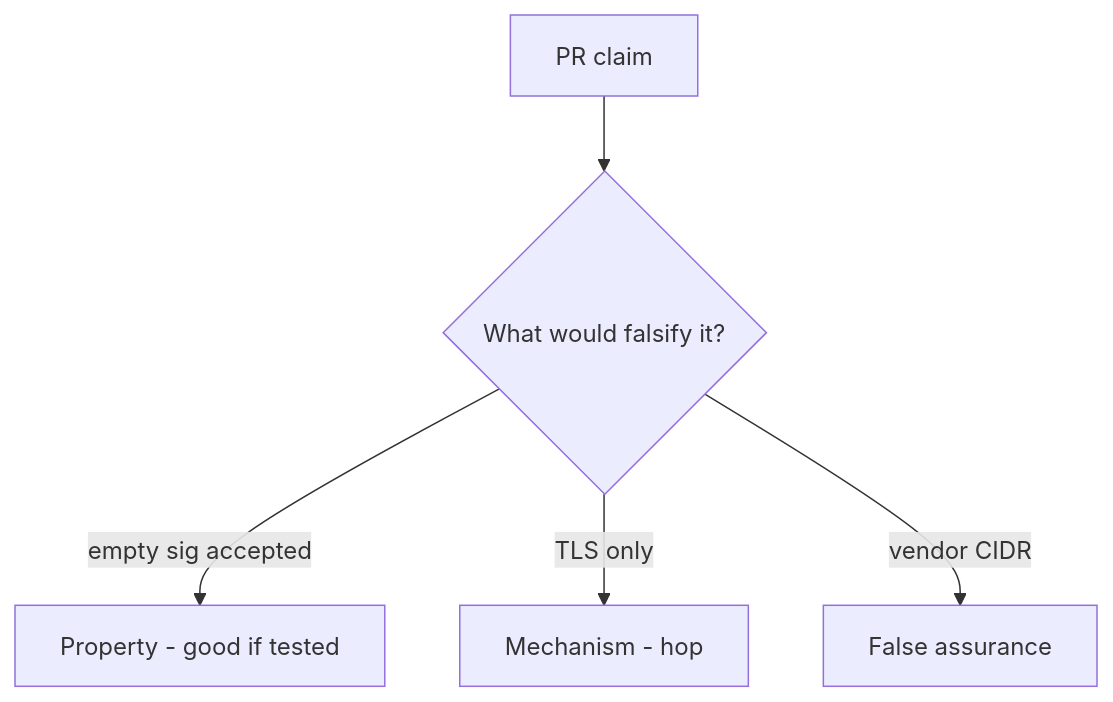
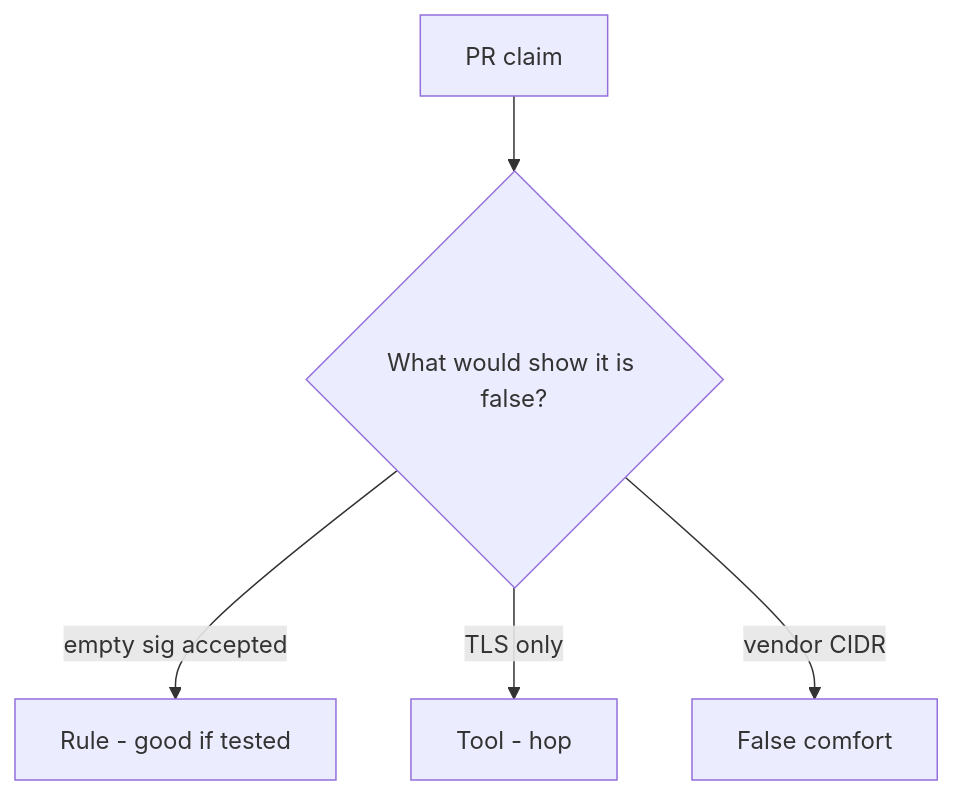
One commit to ishitvagoel/LearnSecurity changed the diagram in content/modules/7/7.3/lessons/08-review.md. Above: the diagram before and after it, drawn with Mermaid. The commit also changed other lines of this file and 31 other files, not shown here.

````diff
--- a/content/modules/7/7.3/lessons/08-review.md
+++ b/content/modules/7/7.3/lessons/08-review.md
@@ -17,7 +18,7 @@
 ```mermaid
 flowchart TD
-  Claim[PR claim] --> Q{"What would falsify it?"}
-  Q -->|empty sig accepted| Property["Property - good if tested"]
-  Q -->|TLS only| Mechanism[Mechanism - hop]
-  Q -->|vendor CIDR| False[False assurance]
+  Claim[PR claim] --> Q{"What would show it is false?"}
+  Q -->|empty sig accepted| Property["Rule - good if tested"]
+  Q -->|TLS only| Mechanism[Tool - hop]
+  Q -->|vendor CIDR| False[False comfort]
 ```
````
